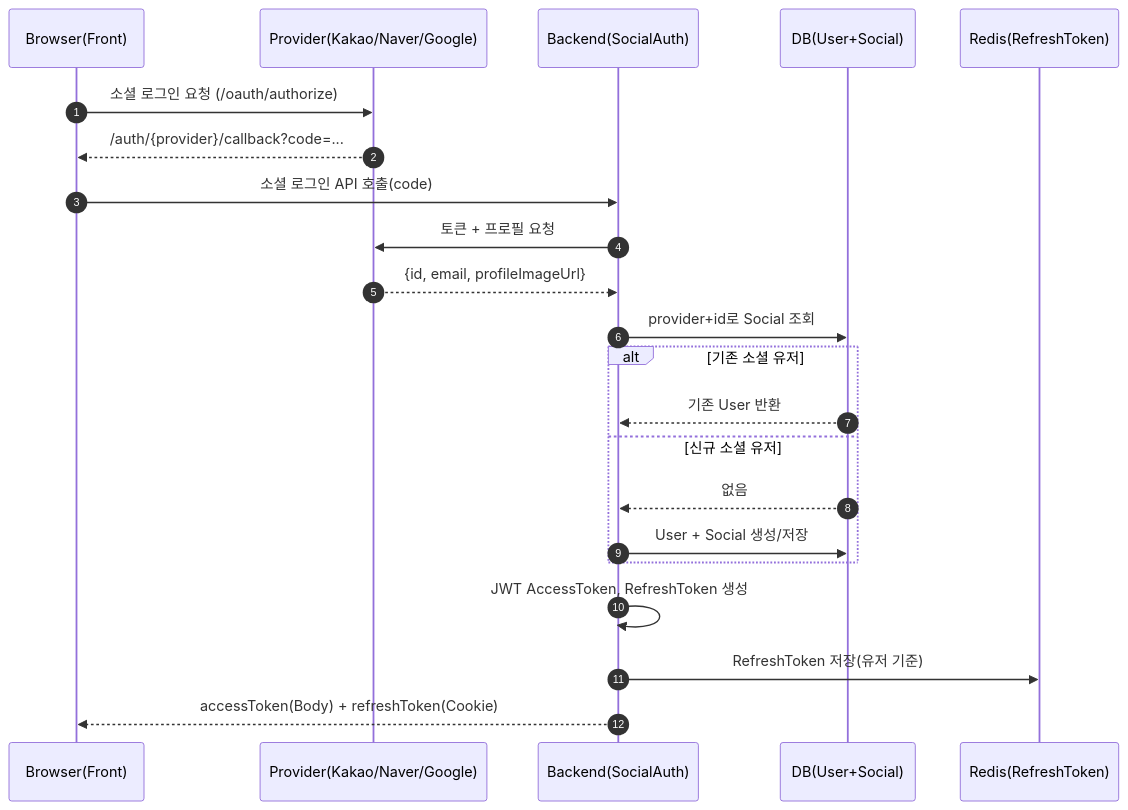
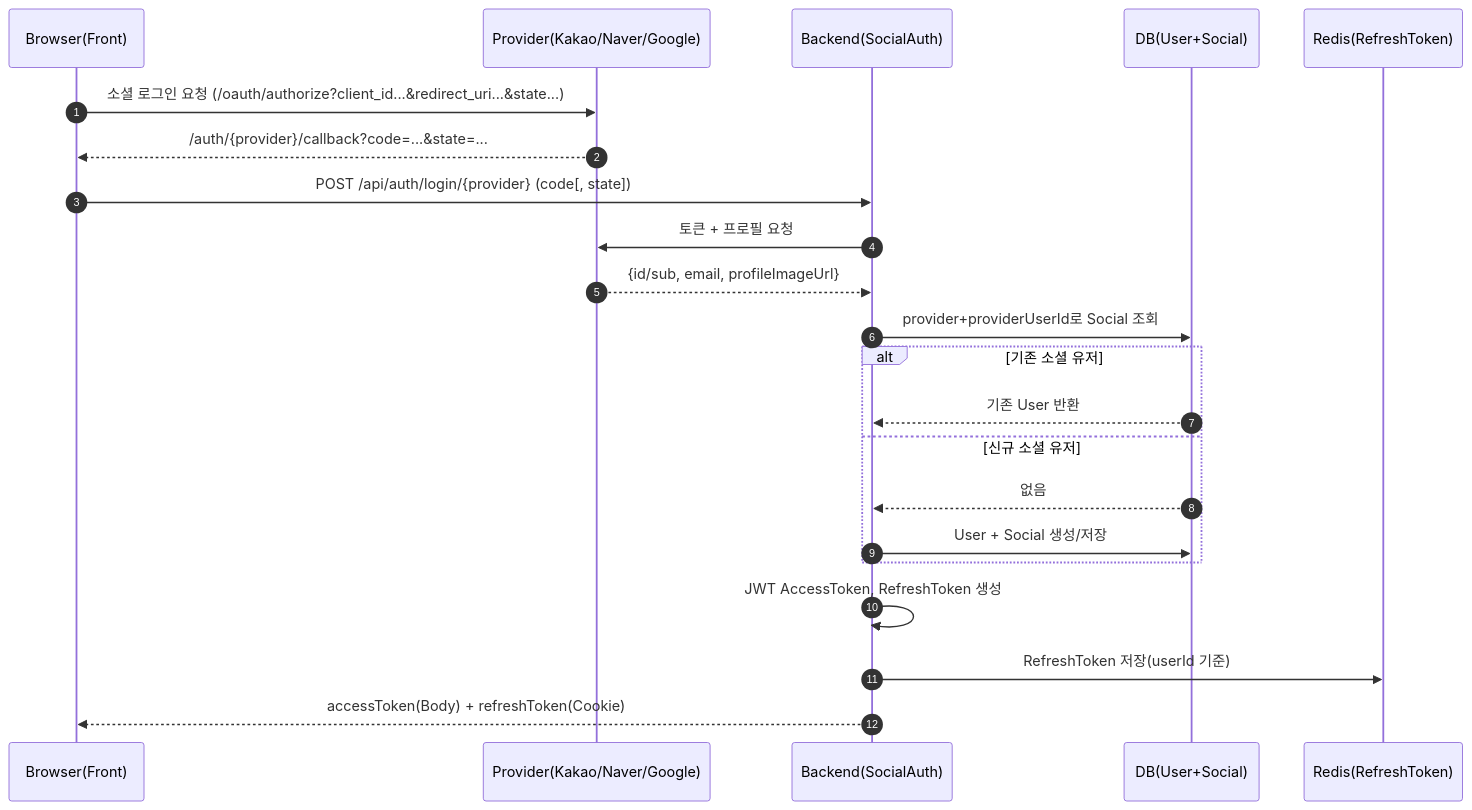
Before and after one commit to monancho/mindmate-docs12: the first of 2 diagrams in docs/member/auth-social.md, drawn with Mermaid. The commit also changed other lines of this file and 5 other files, not shown here.

````diff
--- a/docs/member/auth-social.md
+++ b/docs/member/auth-social.md
@@ -35,30 +50,28 @@
 ```mermaid
 sequenceDiagram
     autonumber
     participant B as Browser(Front)
     participant P as Provider(Kakao/Naver/Google)
     participant BE as Backend(SocialAuth)
     participant DB as DB(User+Social)
     participant RT as Redis(RefreshToken)
 
-    B ->> P: 소셜 로그인 요청 (/oauth/authorize)
-    P -->> B: /auth/{provider}/callback?code=...
+    B ->> P: 소셜 로그인 요청 (/oauth/authorize?client_id...&redirect_uri...&state...)
+    P -->> B: /auth/{provider}/callback?code=...&state=...
 
-    B ->> BE: 소셜 로그인 API 호출(code)
+    B ->> BE: POST /api/auth/login/{provider} (code[, state])
     BE ->> P: 토큰 + 프로필 요청
-    P -->> BE: {id, email, profileImageUrl}
+    P -->> BE: {id/sub, email, profileImageUrl}
 
-    BE ->> DB: provider+id로 Social 조회
-
+    BE ->> DB: provider+providerUserId로 Social 조회
     alt 기존 소셜 유저
         DB -->> BE: 기존 User 반환
     else 신규 소셜 유저
         DB -->> BE: 없음
         BE ->> DB: User + Social 생성/저장
     end
 
     BE ->> BE: JWT AccessToken, RefreshToken 생성
-    BE ->> RT: RefreshToken 저장(유저 기준)
+    BE ->> RT: RefreshToken 저장(userId 기준)
     BE -->> B: accessToken(Body) + refreshToken(Cookie)
-
 ```
````
